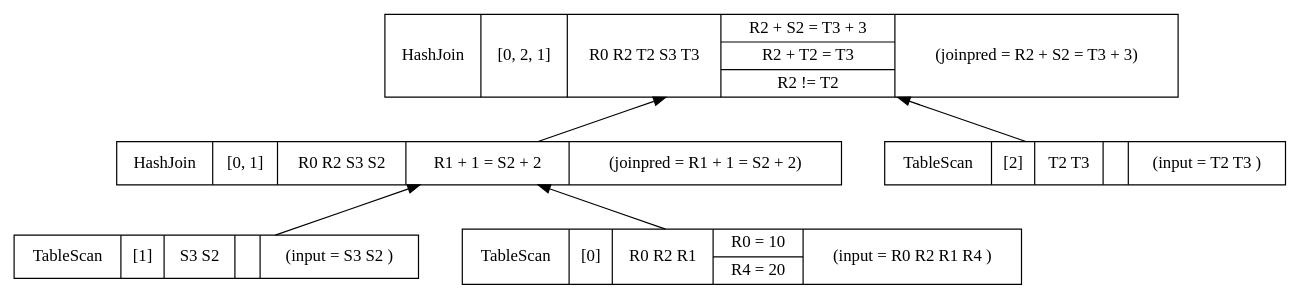
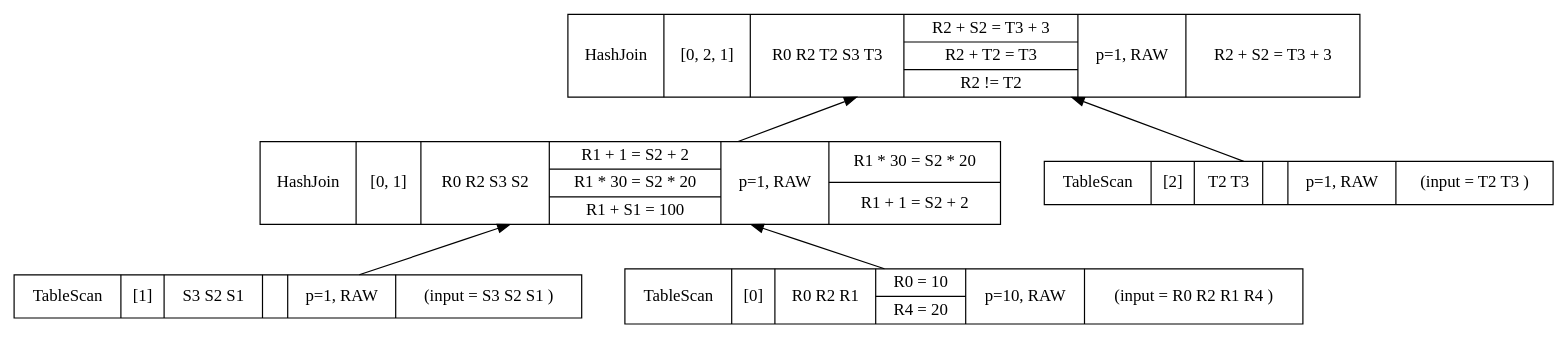
The diagram in lop.dot (adarshpannu/kona), drawn with Graphviz before and after one commit. The commit also changed 12 other files, not shown here.

```diff
--- a/lop.dot
+++ b/lop.dot
@@ -1,15 +1,15 @@
 digraph example1 {
     node [shape=record];
     rankdir=BT;
     nodesep=0.5;
     ordering="in";
     lopkeyLOPKey4v1 -> lopkeyLOPKey5v1;
     lopkeyLOPKey2v1 -> lopkeyLOPKey4v1;
-    lopkeyLOPKey2v1[label="TableScan|[1]|S3 S2 |{}|(input = S3 S2 )"];
+    lopkeyLOPKey2v1[label="TableScan|[1]|S3 S2 S1 |{}|p=1, RAW|(input = S3 S2 S1 )"];
     lopkeyLOPKey1v1 -> lopkeyLOPKey4v1;
-    lopkeyLOPKey1v1[label="TableScan|[0]|R0 R2 R1 |{R0 = 10|R4 = 20}|(input = R0 R2 R1 R4 )"];
-    lopkeyLOPKey4v1[label="HashJoin|[0, 1]|R0 R2 S3 S2 |{R1 + 1 = S2 + 2}|(joinpred = R1 + 1 = S2 + 2)"];
+    lopkeyLOPKey1v1[label="TableScan|[0]|R0 R2 R1 |{R0 = 10|R4 = 20}|p=10, RAW|(input = R0 R2 R1 R4 )"];
+    lopkeyLOPKey4v1[label="HashJoin|[0, 1]|R0 R2 S3 S2 |{R1 + 1 = S2 + 2|R1 * 30 = S2 * 20|R1 + S1 = 100}|p=1, RAW|{R1 * 30 = S2 * 20|R1 + 1 = S2 + 2}"];
     lopkeyLOPKey3v1 -> lopkeyLOPKey5v1;
-    lopkeyLOPKey3v1[label="TableScan|[2]|T2 T3 |{}|(input = T2 T3 )"];
-    lopkeyLOPKey5v1[label="HashJoin|[0, 2, 1]|R0 R2 T2 S3 T3 |{R2 + S2 = T3 + 3|R2 + T2 = T3|R2 != T2}|(joinpred = R2 + S2 = T3 + 3)"];
+    lopkeyLOPKey3v1[label="TableScan|[2]|T2 T3 |{}|p=1, RAW|(input = T2 T3 )"];
+    lopkeyLOPKey5v1[label="HashJoin|[0, 2, 1]|R0 R2 T2 S3 T3 |{R2 + S2 = T3 + 3|R2 + T2 = T3|R2 != T2}|p=1, RAW|{R2 + S2 = T3 + 3}"];
 }
```
